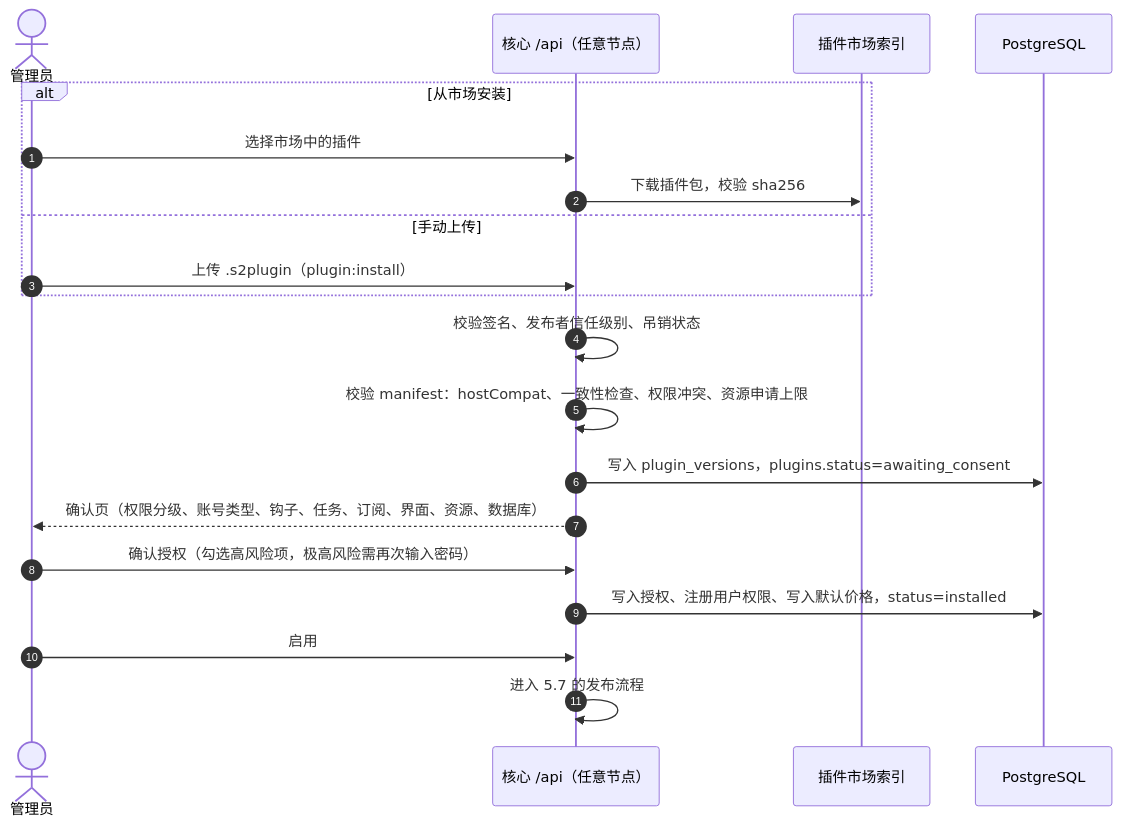
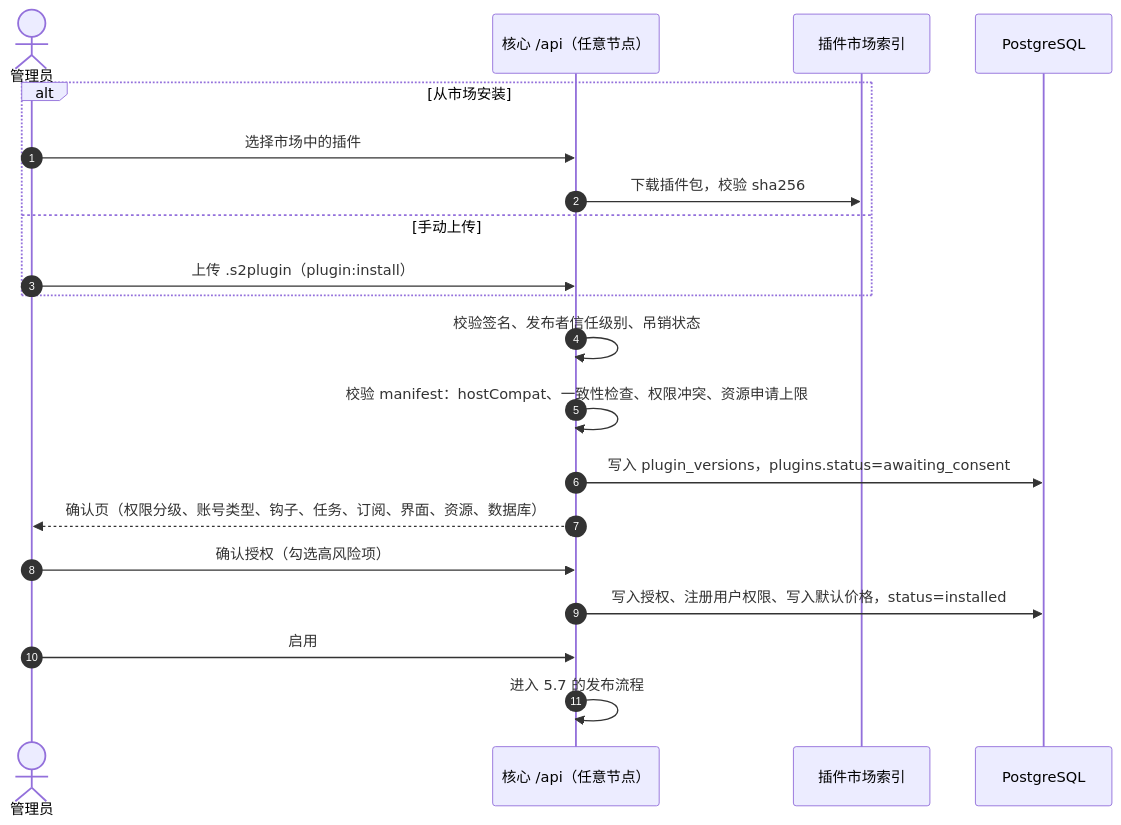
Diagram 17 of 18 in next/docs/ARCHITECTURE.md (Sub2API-Devs/sup2api), drawn with Mermaid before and after one commit. The commit also changed other lines of this file and 117 other files, not shown here.

````diff
--- a/next/docs/ARCHITECTURE.md
+++ b/next/docs/ARCHITECTURE.md
@@ -1415,22 +1415,22 @@
 ```mermaid
 sequenceDiagram
   autonumber
   actor A as 管理员
   participant API as 核心 /api（任意节点）
   participant M as 插件市场索引
   participant PG as PostgreSQL
   alt 从市场安装
     A->>API: 选择市场中的插件
     API->>M: 下载插件包，校验 sha256
   else 手动上传
     A->>API: 上传 .s2plugin（plugin:install）
   end
   API->>API: 校验签名、发布者信任级别、吊销状态
   API->>API: 校验 manifest：hostCompat、一致性检查、权限冲突、资源申请上限
   API->>PG: 写入 plugin_versions，plugins.status=awaiting_consent
   API-->>A: 确认页（权限分级、账号类型、钩子、任务、订阅、界面、资源、数据库）
-  A->>API: 确认授权（勾选高风险项，极高风险需再次输入密码）
+  A->>API: 确认授权（勾选高风险项）
   API->>PG: 写入授权、注册用户权限、写入默认价格，status=installed
   A->>API: 启用
   API->>API: 进入 5.7 的发布流程
 ```
````
